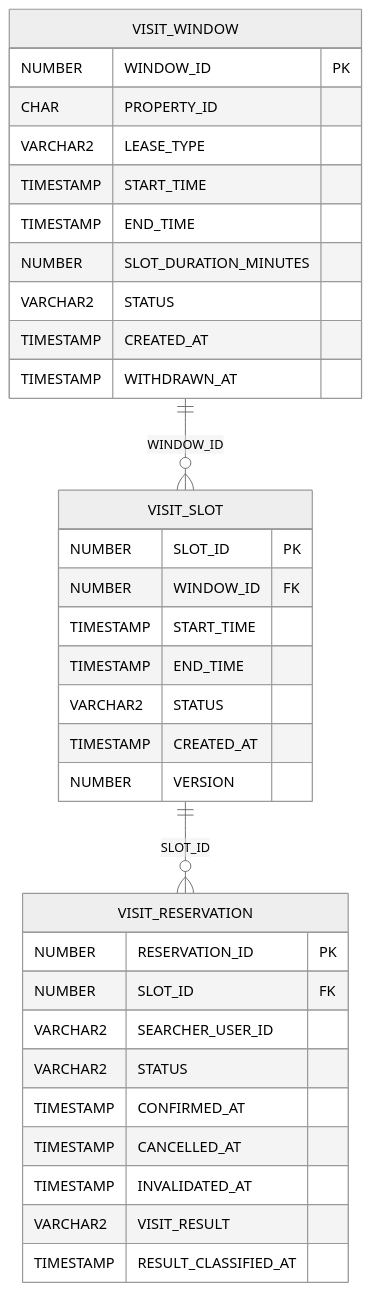
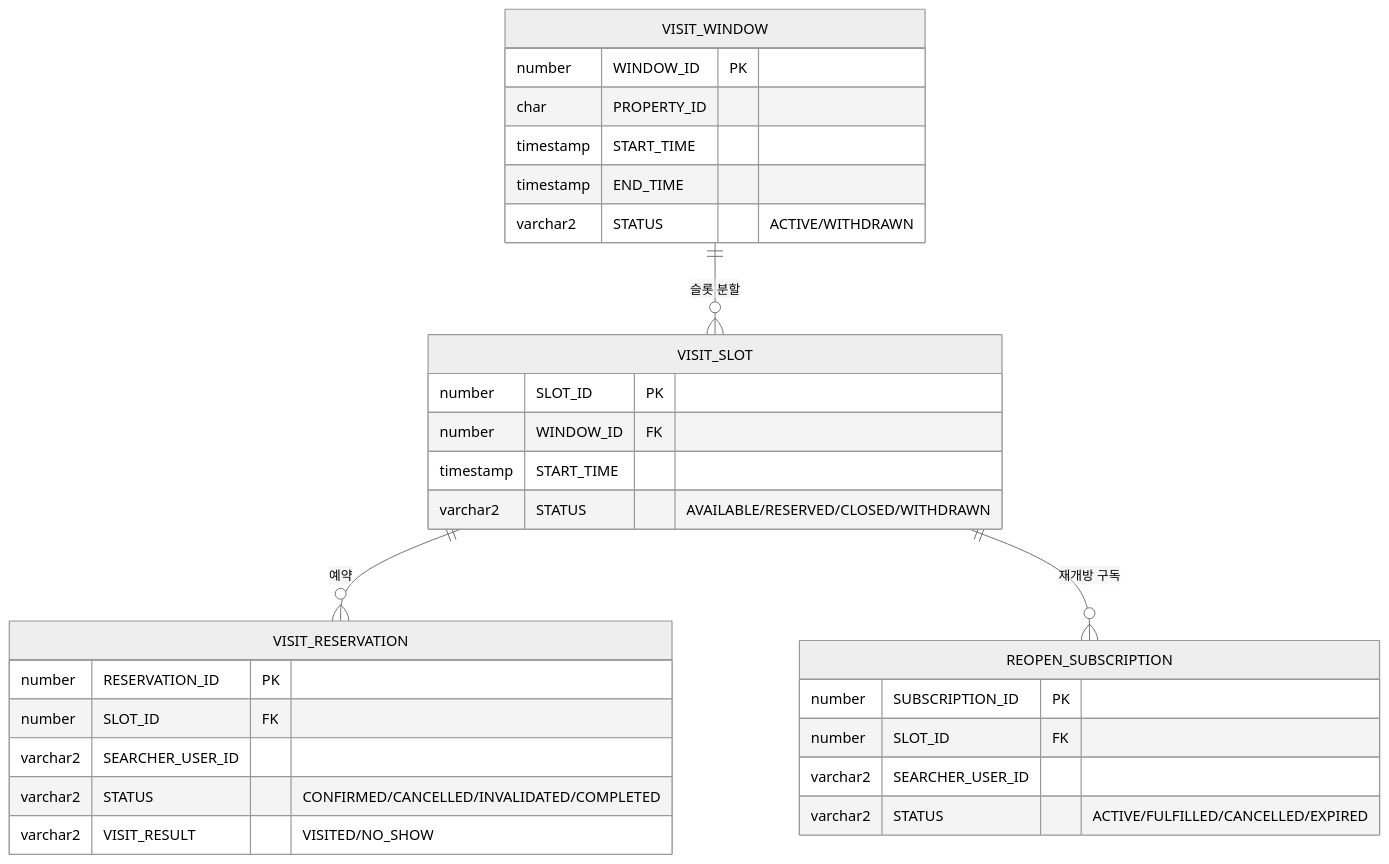
Before and after one commit to bumjinDev/wherehouse_SpringBoot: the fourth of 4 diagrams in README.md, drawn with Mermaid (neutral theme). The commit also changed other lines of this file, not shown here.

````diff
--- a/README.md
+++ b/README.md
@@ -445,37 +369,33 @@
 ```mermaid
 erDiagram
-    VISIT_WINDOW ||--o{ VISIT_SLOT        : WINDOW_ID
-    VISIT_SLOT   ||--o{ VISIT_RESERVATION : SLOT_ID
+    VISIT_WINDOW ||--o{ VISIT_SLOT : "슬롯 분할"
+    VISIT_SLOT ||--o{ VISIT_RESERVATION : "예약"
+    VISIT_SLOT ||--o{ REOPEN_SUBSCRIPTION : "재개방 구독"
 
     VISIT_WINDOW {
-        NUMBER    WINDOW_ID             PK
-        CHAR      PROPERTY_ID
-        VARCHAR2  LEASE_TYPE
-        TIMESTAMP START_TIME
-        TIMESTAMP END_TIME
-        NUMBER    SLOT_DURATION_MINUTES
-        VARCHAR2  STATUS
-        TIMESTAMP CREATED_AT
-        TIMESTAMP WITHDRAWN_AT
+        number WINDOW_ID PK
+        char PROPERTY_ID
+        timestamp START_TIME
+        timestamp END_TIME
+        varchar2 STATUS "ACTIVE/WITHDRAWN"
     }
     VISIT_SLOT {
-        NUMBER    SLOT_ID     PK
-        NUMBER    WINDOW_ID   FK
-        TIMESTAMP START_TIME
-        TIMESTAMP END_TIME
-        VARCHAR2  STATUS
-        TIMESTAMP CREATED_AT
-        NUMBER    VERSION
+        number SLOT_ID PK
+        number WINDOW_ID FK
+        timestamp START_TIME
+        varchar2 STATUS "AVAILABLE/RESERVED/CLOSED/WITHDRAWN"
     }
     VISIT_RESERVATION {
-        NUMBER    RESERVATION_ID       PK
-        NUMBER    SLOT_ID              FK
-        VARCHAR2  SEARCHER_USER_ID
-        VARCHAR2  STATUS
-        TIMESTAMP CONFIRMED_AT
-        TIMESTAMP CANCELLED_AT
-        TIMESTAMP INVALIDATED_AT
-        VARCHAR2  VISIT_RESULT
-        TIMESTAMP RESULT_CLASSIFIED_AT
+        number RESERVATION_ID PK
+        number SLOT_ID FK
+        varchar2 SEARCHER_USER_ID
+        varchar2 STATUS "CONFIRMED/CANCELLED/INVALIDATED/COMPLETED"
+        varchar2 VISIT_RESULT "VISITED/NO_SHOW"
+    }
+    REOPEN_SUBSCRIPTION {
+        number SUBSCRIPTION_ID PK
+        number SLOT_ID FK
+        varchar2 SEARCHER_USER_ID
+        varchar2 STATUS "ACTIVE/FULFILLED/CANCELLED/EXPIRED"
     }
 ```
````
